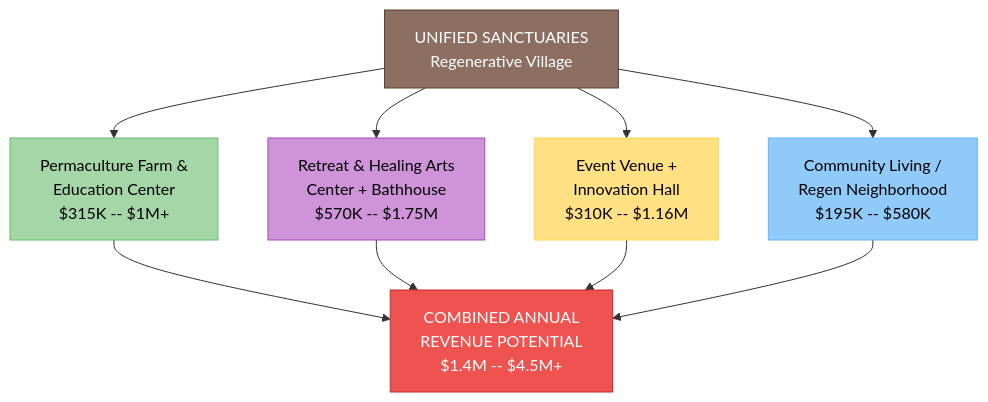
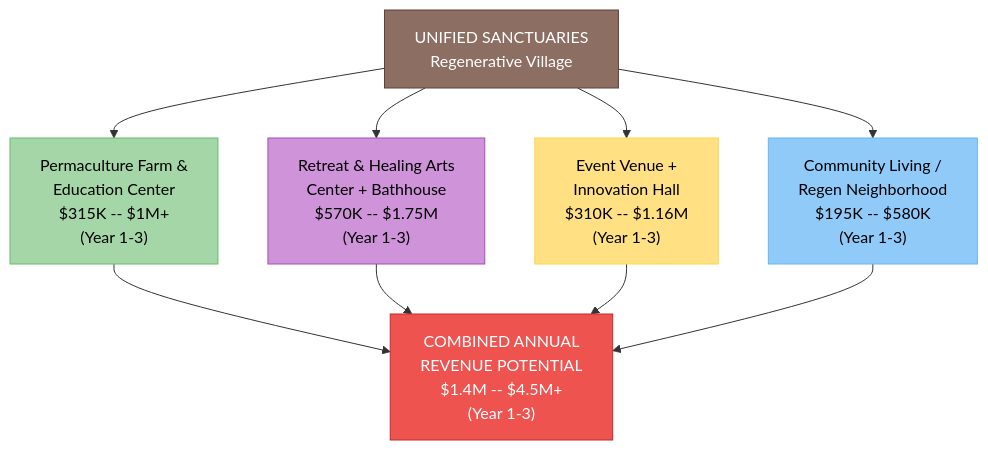
One commit to Light-Brands/sydney changed the first of 6 diagrams in unified-sanctuaries/EXECUTIVE-SUMMARY.md. Above: the diagram before and after it, drawn with Mermaid. The commit also changed other lines of this file, not shown here.

````diff
--- a/unified-sanctuaries/EXECUTIVE-SUMMARY.md
+++ b/unified-sanctuaries/EXECUTIVE-SUMMARY.md
@@ -30,21 +30,21 @@
 ```mermaid
 flowchart TD
     US["UNIFIED SANCTUARIES<br/>Regenerative Village"]
 
-    US --> FARM["Permaculture Farm &<br/>Education Center<br/>$315K -- $1M+"]
-    US --> RETREAT["Retreat & Healing Arts<br/>Center + Bathhouse<br/>$570K -- $1.75M"]
-    US --> EVENT["Event Venue +<br/>Innovation Hall<br/>$310K -- $1.16M"]
-    US --> LIVING["Community Living /<br/>Regen Neighborhood<br/>$195K -- $580K"]
+    US --> FARM["Permaculture Farm &<br/>Education Center<br/>$315K -- $1M+<br/>(Year 1-3)"]
+    US --> RETREAT["Retreat & Healing Arts<br/>Center + Bathhouse<br/>$570K -- $1.75M<br/>(Year 1-3)"]
+    US --> EVENT["Event Venue +<br/>Innovation Hall<br/>$310K -- $1.16M<br/>(Year 1-3)"]
+    US --> LIVING["Community Living /<br/>Regen Neighborhood<br/>$195K -- $580K<br/>(Year 1-3)"]
 
-    FARM --> TOTAL["COMBINED ANNUAL<br/>REVENUE POTENTIAL<br/>$1.4M -- $4.5M+"]
+    FARM --> TOTAL["COMBINED ANNUAL<br/>REVENUE POTENTIAL<br/>$1.4M -- $4.5M+<br/>(Year 1-3)"]
     RETREAT --> TOTAL
     EVENT --> TOTAL
     LIVING --> TOTAL
 
     style US fill:#8D6E63,stroke:#5D4037,color:#fff
     style FARM fill:#A5D6A7,stroke:#66BB6A,color:#000
     style RETREAT fill:#CE93D8,stroke:#AB47BC,color:#000
     style EVENT fill:#FFE082,stroke:#FFD54F,color:#000
     style LIVING fill:#90CAF9,stroke:#64B5F6,color:#000
     style TOTAL fill:#EF5350,stroke:#C62828,color:#fff
 ```
````
